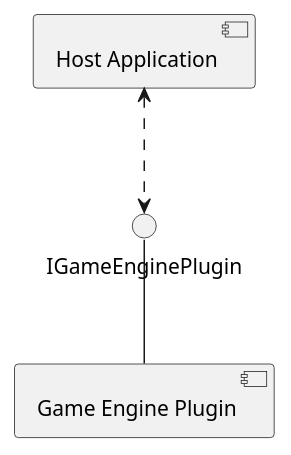
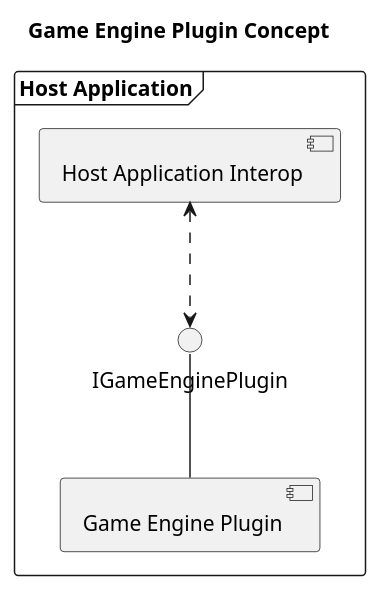
One commit to stevostj/Sandbox changed the diagram in Playground/Docs/SourceDiagrams/GameEnginePluginConcept.plantuml. Above: the diagram before and after it, drawn with PlantUML. The commit also changed 3 other files, not shown here.

Commit message:
adding sequence with raw initialize concept

```diff
--- a/Playground/Docs/SourceDiagrams/GameEnginePluginConcept.plantuml
+++ b/Playground/Docs/SourceDiagrams/GameEnginePluginConcept.plantuml
@@ -1,13 +1,16 @@
 @startuml
 
-[Host Application] as HA
+title "Game Engine Plugin Concept"
+
+frame "Host Application" as HA {
+[Host Application Interop] as HAI
 [Game Engine Plugin] as GEP
-
 () "IGameEnginePlugin" as IGEP
+}
 
 IGEP -- GEP
 
-HA <..> IGEP
+HAI <..> IGEP
 
 
 @enduml
```
